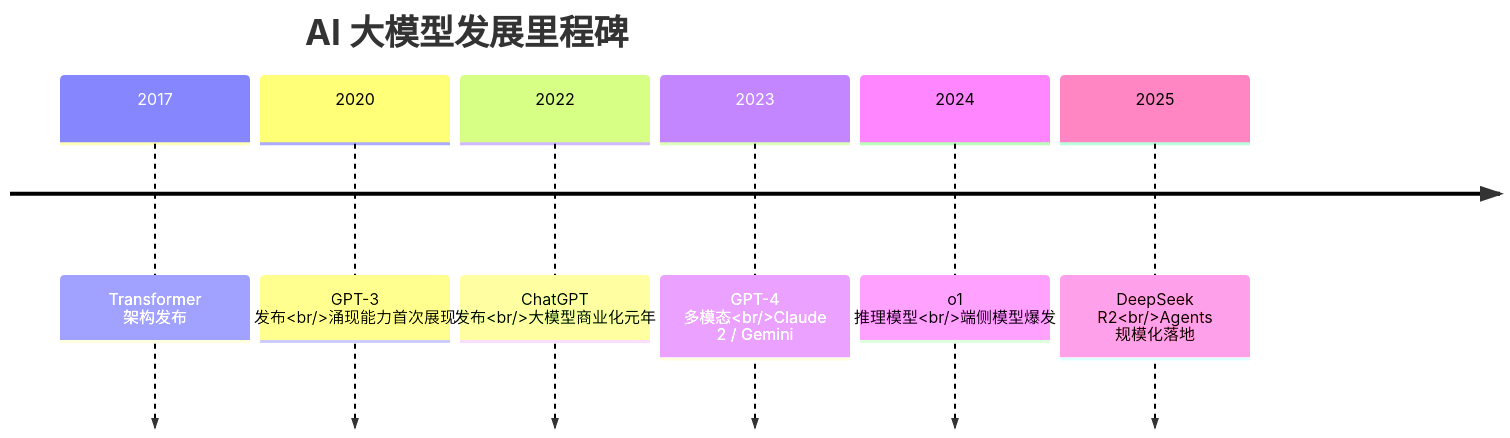
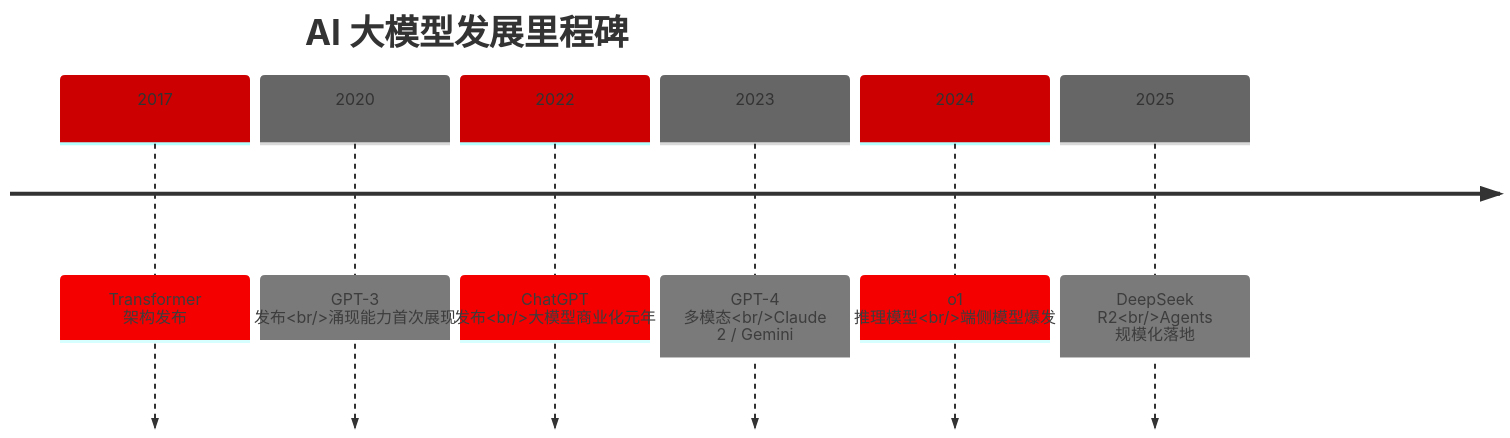
Before and after one commit to harveyzhang814/harveyz-skill: the sixth of 7 diagrams in skills/writing/mermaid-diagram/tests/bain-style-test.md, drawn with Mermaid. The commit also changed other lines of this file and 3 other files, not shown here.

First line of the commit message:
feat(mermaid): per-diagram-type style system v1.5.0

````diff
--- a/skills/writing/mermaid-diagram/tests/bain-style-test.md
+++ b/skills/writing/mermaid-diagram/tests/bain-style-test.md
@@ -144,10 +146,11 @@
 ```mermaid
+%%{init: {"theme":"base","themeVariables":{"cScale0":"#CC0000","cScale1":"#666666","cScale2":"#CC0000","cScale3":"#666666","cScale4":"#CC0000","cScale5":"#666666","titleColor":"#212427"}}}%%
 timeline
     title AI 大模型发展里程碑
     2017 : Transformer 架构发布
     2020 : GPT-3 发布<br/>涌现能力首次展现
     2022 : ChatGPT 发布<br/>大模型商业化元年
     2023 : GPT-4 多模态<br/>Claude 2 / Gemini
     2024 : o1 推理模型<br/>端侧模型爆发
     2025 : DeepSeek R2<br/>Agents 规模化落地
 ```
````
